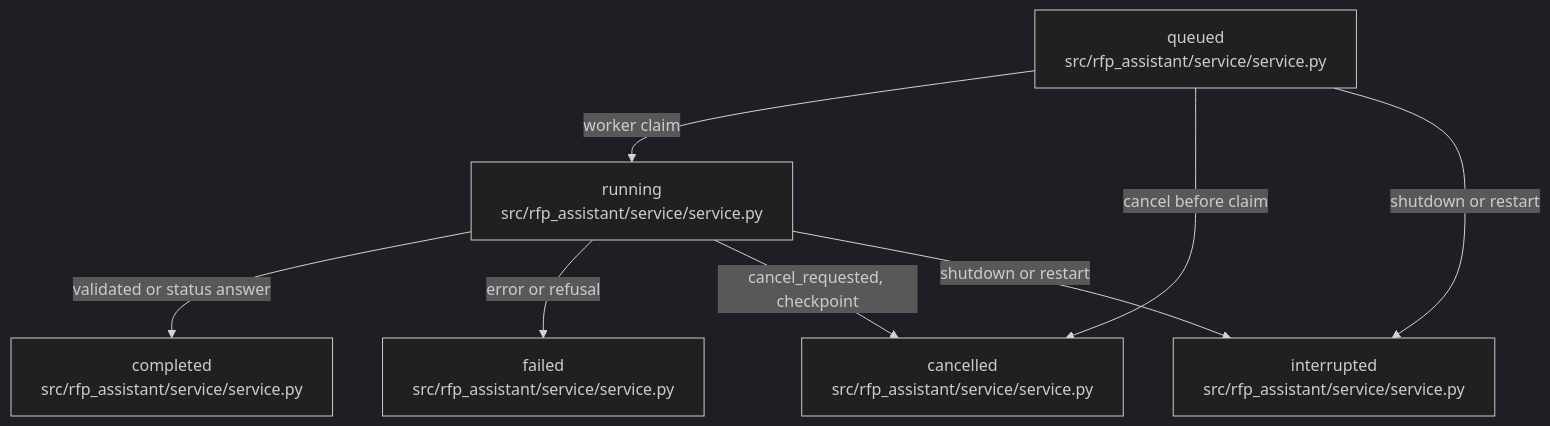
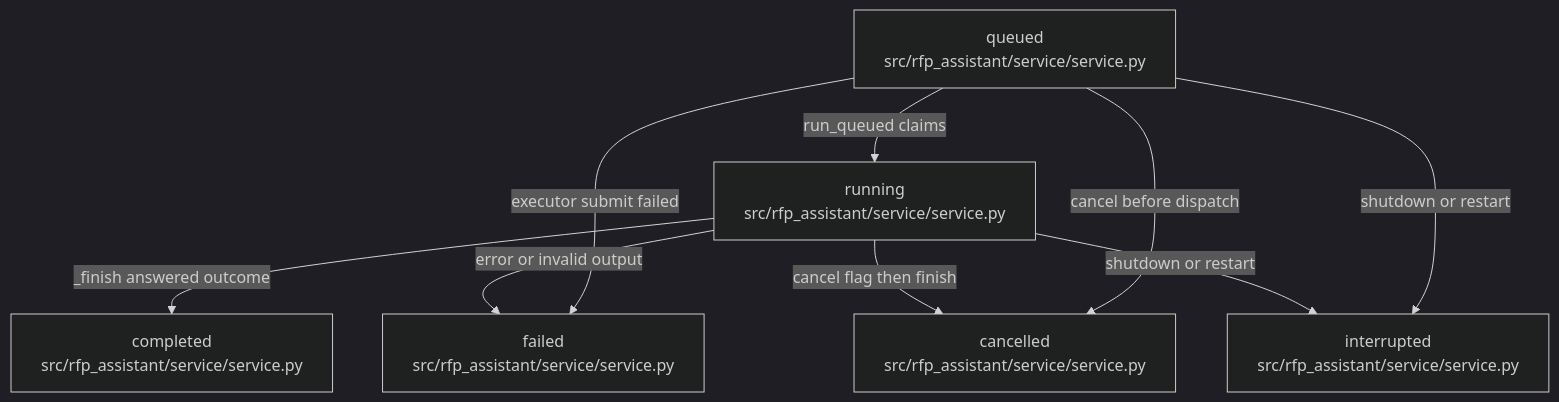
The diagram in .omm/state-transitions/request-status/diagram.mmd (littleeeeebit/project-codeit-mid), drawn with Mermaid (dark theme) before and after one commit. The commit also changed 364 other files, not shown here.

```diff
--- a/.omm/state-transitions/request-status/diagram.mmd
+++ b/.omm/state-transitions/request-status/diagram.mmd
@@ -1,8 +1,15 @@
 graph TD
-  queued["queued\nsrc/rfp_assistant/service/service.py"] -->|"worker claim"| running["running\nsrc/rfp_assistant/service/service.py"]
-  queued -->|"cancel before claim"| cancelled["cancelled\nsrc/rfp_assistant/service/service.py"]
-  running -->|"validated or status answer"| completed["completed\nsrc/rfp_assistant/service/service.py"]
-  running -->|"error or refusal"| failed["failed\nsrc/rfp_assistant/service/service.py"]
-  running -->|"cancel_requested, checkpoint"| cancelled
-  queued -->|"shutdown or restart"| interrupted["interrupted\nsrc/rfp_assistant/service/service.py"]
-  running -->|"shutdown or restart"| interrupted
+  queued["queued\nsrc/rfp_assistant/service/service.py"]
+  running["running\nsrc/rfp_assistant/service/service.py"]
+  completed["completed\nsrc/rfp_assistant/service/service.py"]
+  failed["failed\nsrc/rfp_assistant/service/service.py"]
+  cancelled["cancelled\nsrc/rfp_assistant/service/service.py"]
+  interrupted["interrupted\nsrc/rfp_assistant/service/service.py"]
+  queued -->|run_queued claims| running
+  queued -->|cancel before dispatch| cancelled
+  queued -->|executor submit failed| failed
+  queued -->|shutdown or restart| interrupted
+  running -->|_finish answered outcome| completed
+  running -->|error or invalid output| failed
+  running -->|cancel flag then finish| cancelled
+  running -->|shutdown or restart| interrupted
```
